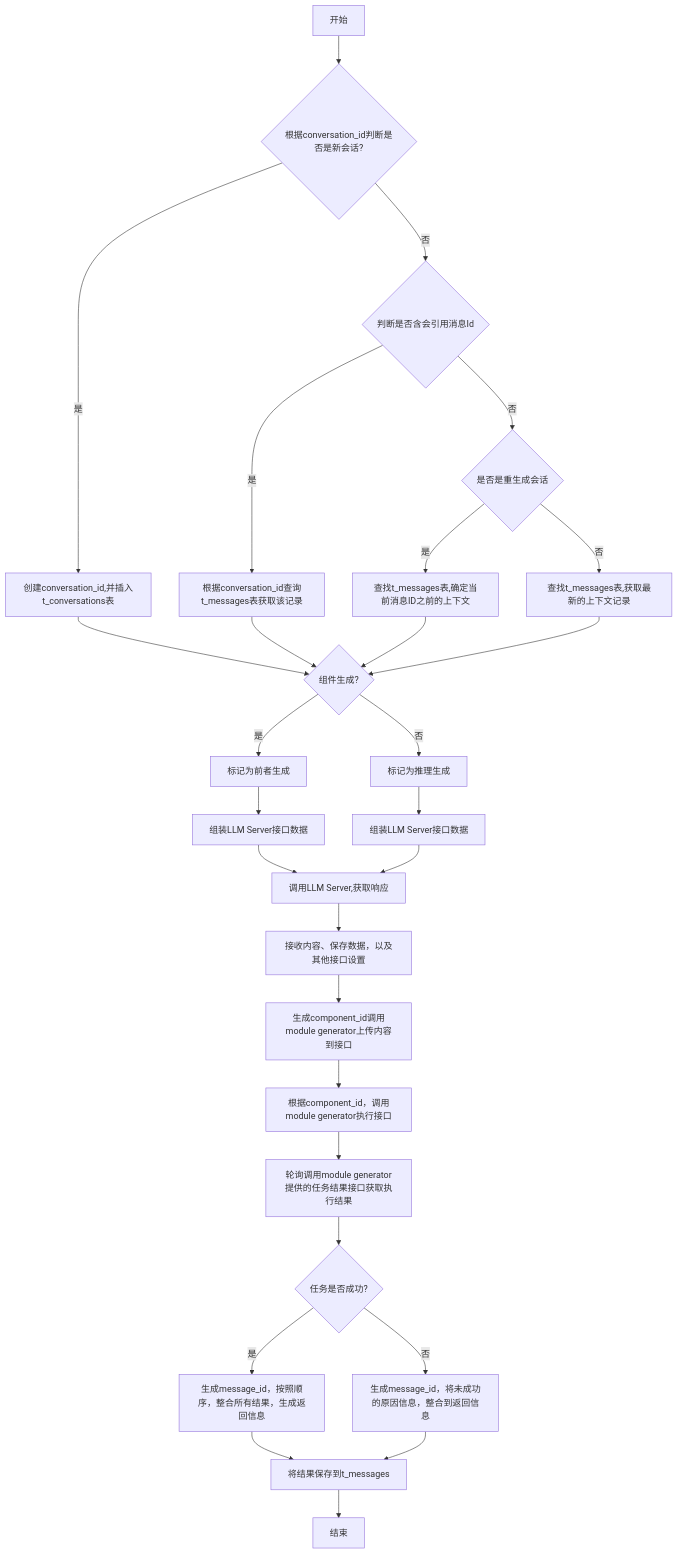
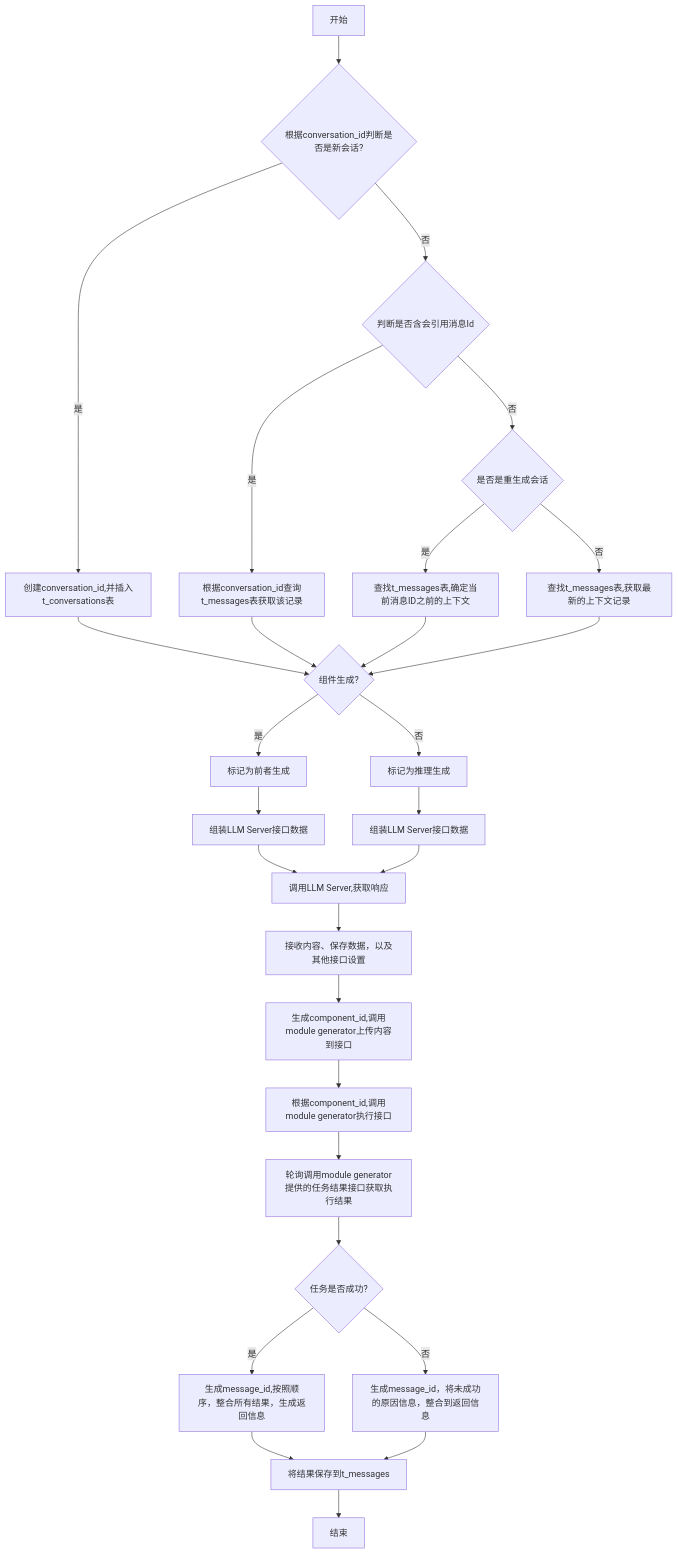
The diagram in all/未命名-7.md (yingjianzh/iodraw-files), drawn with Mermaid before and after one commit.

Commit message:
2024-10-12 14:19:57 update

````diff
--- a/all/未命名-7.md
+++ b/all/未命名-7.md
@@ -1,31 +1,31 @@
 ```mermaid
 flowchart TD
     A[开始] --> B{根据conversation_id判断是否是新会话?}
     B -- 是 --> C[创建conversation_id,并插入t_conversations表]
     B -- 否 --> D{判断是否含会引用消息Id}
     D -- 是 --> E[根据conversation_id查询t_messages表获取该记录]
     D -- 否 --> F{是否是重生成会话}
     F -- 是 --> G[查找t_messages表,确定当前消息ID之前的上下文]
     F -- 否 --> H[查找t_messages表,获取最新的上下文记录]
 
     C & E & G & H --> I{组件生成?}
     I -- 是 --> J[标记为前者生成]
     I -- 否 --> K[标记为推理生成]
 
     J --> L[组装LLM Server接口数据]
     K --> M[组装LLM Server接口数据]
     L & M --> N[调用LLM Server,获取响应]
     N --> O[接收内容、保存数据，以及其他接口设置]
 
-    O --> P[生成component_id调用module generator上传内容到接口]
-    P --> Q[根据component_id，调用module generator执行接口]
+    O --> P[生成component_id,调用module generator上传内容到接口]
+    P --> Q[根据component_id,调用module generator执行接口]
     Q --> R[轮询调用module generator提供的任务结果接口获取执行结果]
 
     R --> S{任务是否成功?}
-    S -- 是 --> T[生成message_id，按照顺序，整合所有结果，生成返回信息]
+    S -- 是 --> T[生成message_id,按照顺序，整合所有结果，生成返回信息]
     S -- 否 --> U[生成message_id，将未成功的原因信息，整合到返回信息]
 
     T & U --> V[将结果保存到t_messages]
     V --> W[结束]
 
 ```
````
